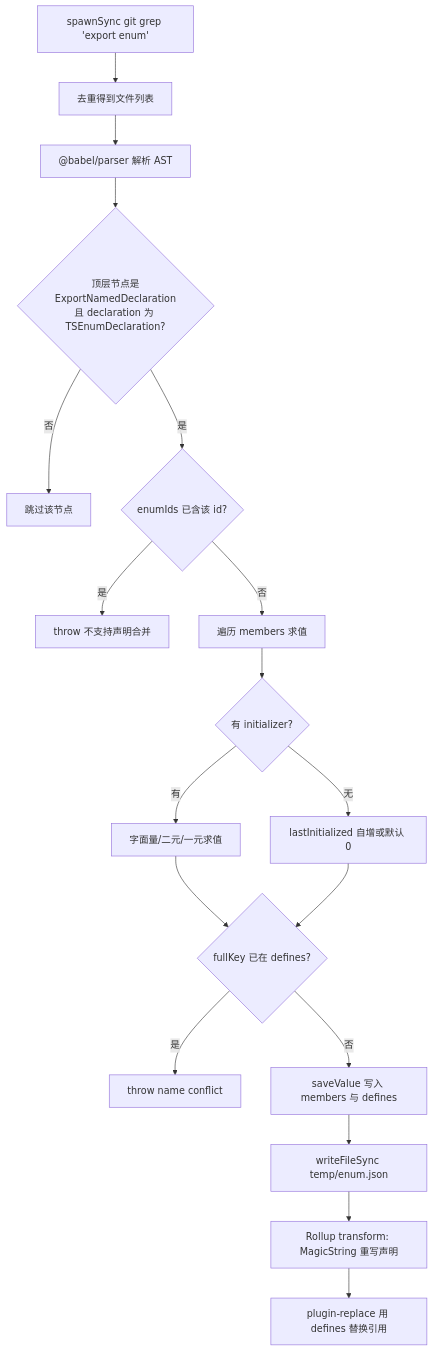
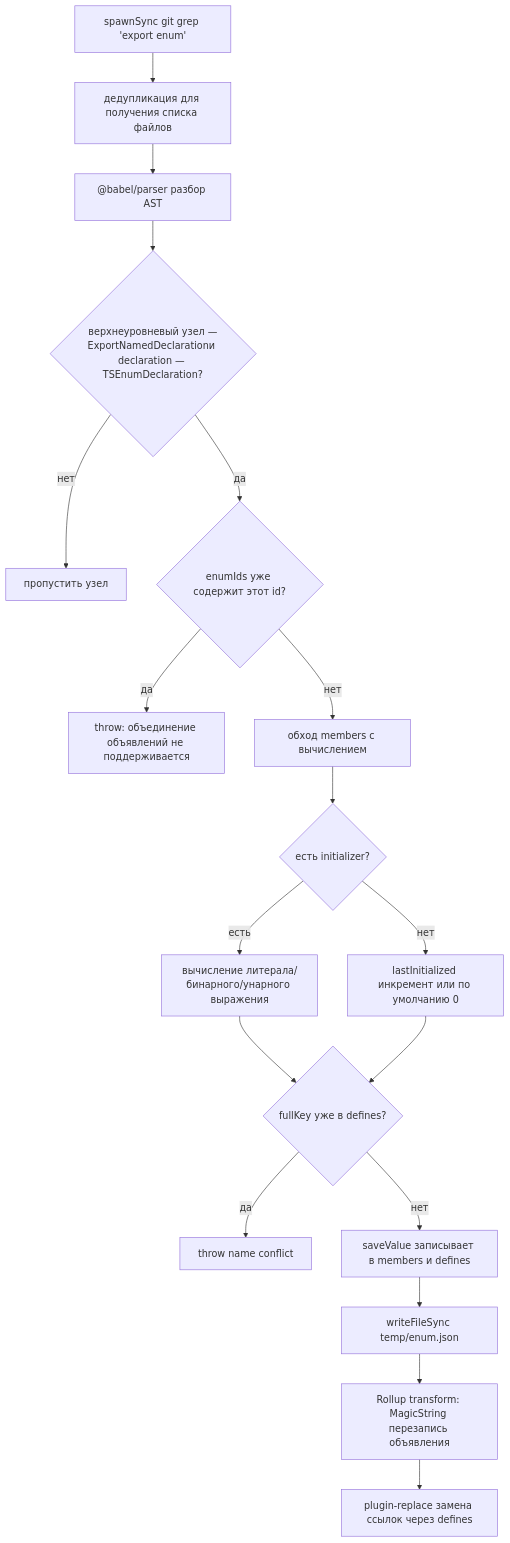
One commit to maleRjc/AiReadCodeBooks changed the first of 2 diagrams in books/vue3/ru/04-tree-shaking-and-typing.md. Above: the diagram before and after it, drawn with Mermaid. The commit also changed other lines of this file and 74 other files, not shown here.

````diff
--- a/books/vue3/ru/04-tree-shaking-and-typing.md
+++ b/books/vue3/ru/04-tree-shaking-and-typing.md
@@ -53,20 +53,20 @@
 ```mermaid
 flowchart TD
-    grep["spawnSync git grep 'export enum'"] --> files["去重得到文件列表"]
-    files --> parse["@babel/parser 解析 AST"]
-    parse --> check{"顶层节点是ExportNamedDeclaration且 declaration 为 TSEnumDeclaration?"}
-    check -->|否| skip["跳过该节点"]
-    check -->|是| dup{"enumIds 已含该 id?"}
-    dup -->|是| err1["throw 不支持声明合并"]
-    dup -->|否| member["遍历 members 求值"]
-    member --> init{"有 initializer?"}
-    init -->|有| eval["字面量/二元/一元求值"]
-    init -->|无| auto["lastInitialized 自增或默认 0"]
-    eval --> conflict{"fullKey 已在 defines?"}
+    grep["spawnSync git grep 'export enum'"] --> files["дедупликация для получения списка файлов"]
+    files --> parse["@babel/parser разбор AST"]
+    parse --> check{"верхнеуровневый узел —ExportNamedDeclarationи declaration — TSEnumDeclaration?"}
+    check -->|нет| skip["пропустить узел"]
+    check -->|да| dup{"enumIds уже содержит этот id?"}
+    dup -->|да| err1["throw: объединение объявлений не поддерживается"]
+    dup -->|нет| member["обход members с вычислением"]
+    member --> init{"есть initializer?"}
+    init -->|есть| eval["вычисление литерала/бинарного/унарного выражения"]
+    init -->|нет| auto["lastInitialized инкремент или по умолчанию 0"]
+    eval --> conflict{"fullKey уже в defines?"}
     auto --> conflict
-    conflict -->|是| err2["throw name conflict"]
-    conflict -->|否| save["saveValue 写入 members 与 defines"]
+    conflict -->|да| err2["throw name conflict"]
+    conflict -->|нет| save["saveValue записывает в members и defines"]
     save --> cache["writeFileSync temp/enum.json"]
-    cache --> transform["Rollup transform: MagicString 重写声明"]
-    transform --> replace["plugin-replace 用 defines 替换引用"]
+    cache --> transform["Rollup transform: MagicString перезапись объявления"]
+    transform --> replace["plugin-replace замена ссылок через defines"]
 ```
````
